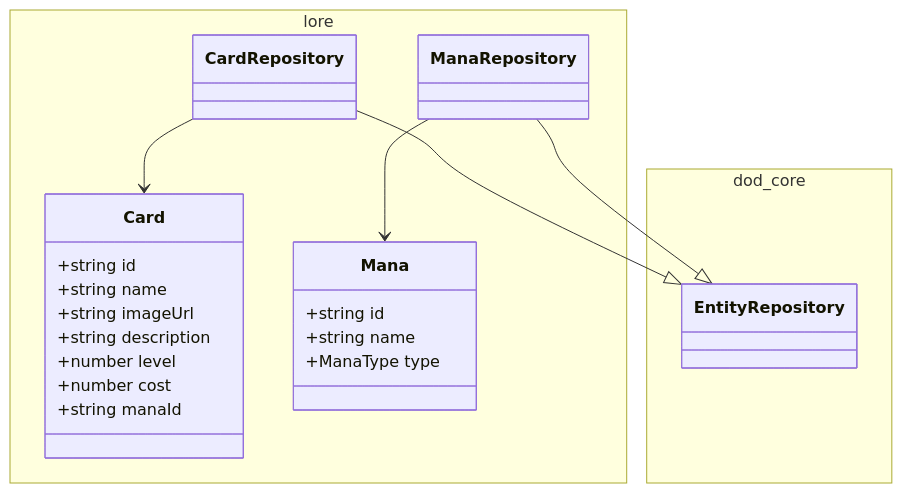
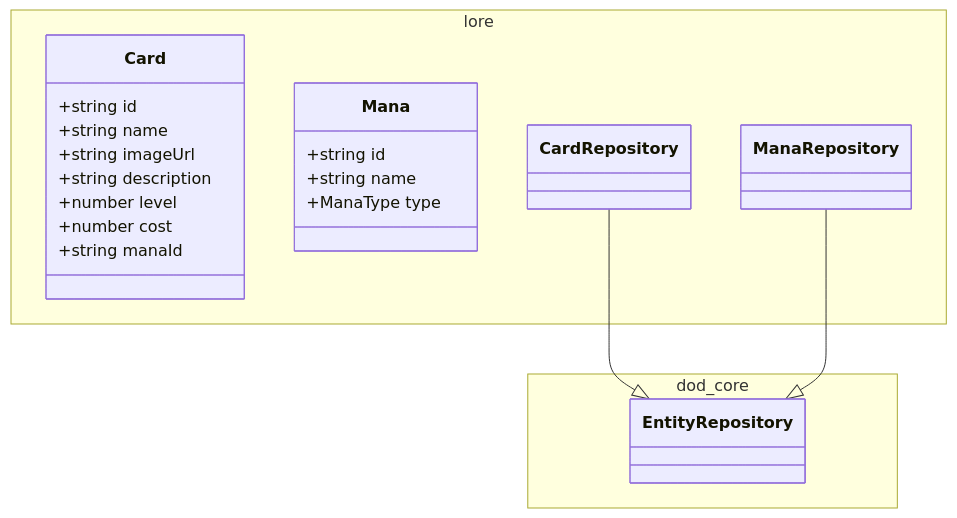
The second of 3 diagrams in realms/codex/README.md (pslotinsky/decay-of-magic), drawn with Mermaid before and after one commit. The commit also changed other lines of this file and 16 other files, not shown here.

````diff
--- a/realms/codex/README.md
+++ b/realms/codex/README.md
@@ -220,29 +123,27 @@
 ```mermaid
 classDiagram
   namespace lore {
     class Card {
       +string id
       +string name
       +string imageUrl
       +string description
       +number level
       +number cost
       +string manaId
     }
     class Mana {
       +string id
       +string name
       +ManaType type
     }
     class CardRepository
     class ManaRepository
   }
   namespace dod_core {
     class EntityRepository
   }
 
   CardRepository --|> EntityRepository
-  CardRepository --> Card
   ManaRepository --|> EntityRepository
-  ManaRepository --> Mana
 ```
````
